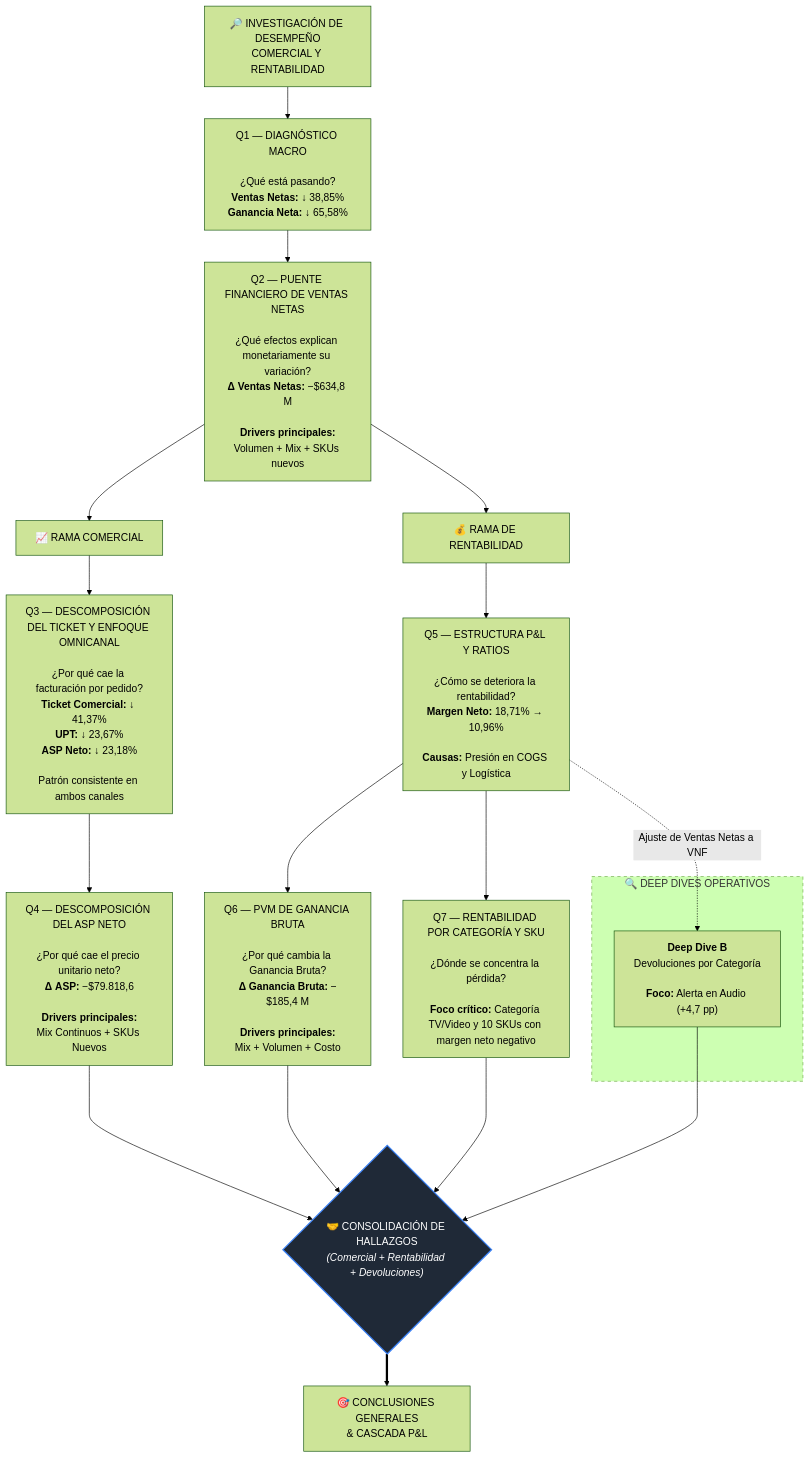
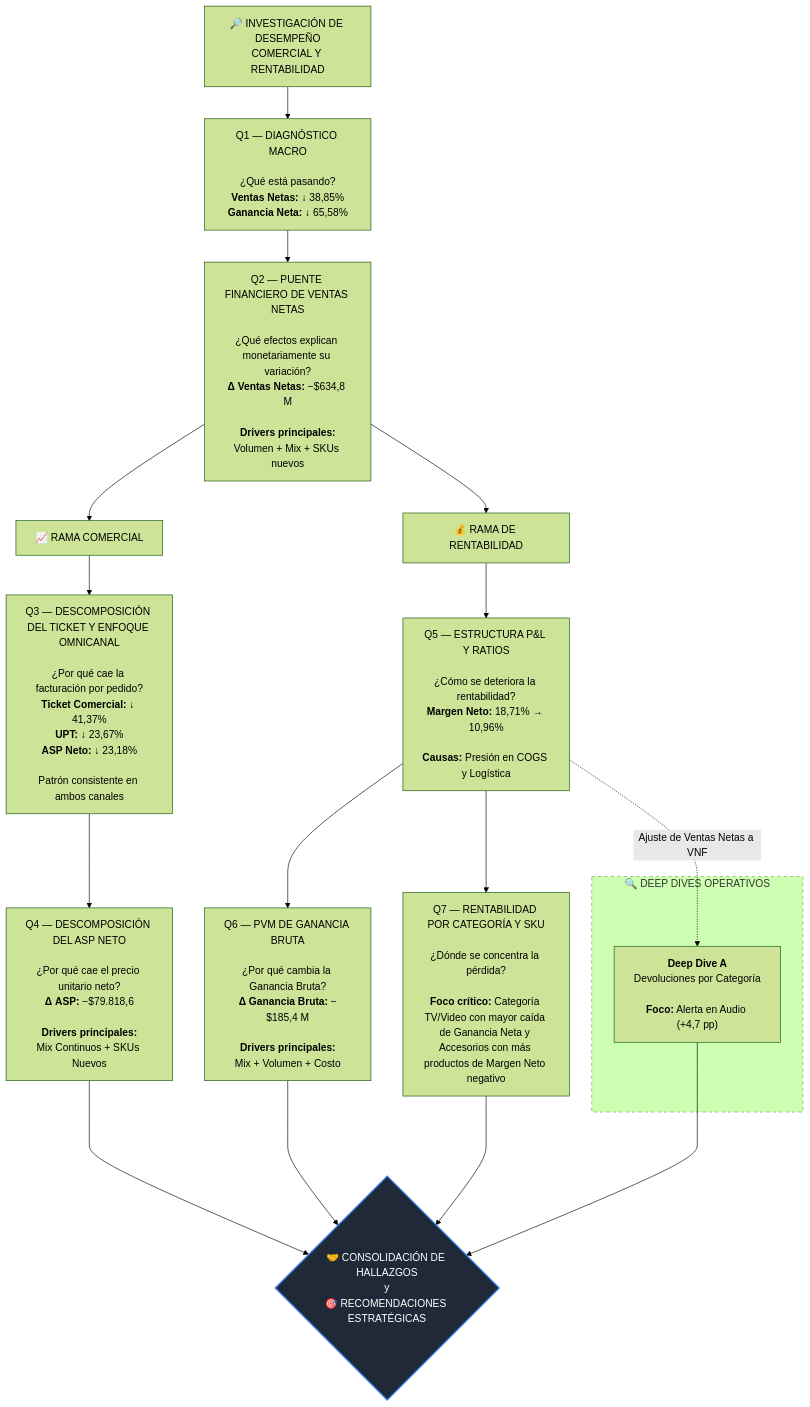
The diagram in sql_business_analysis/README.md (manticafacundoelian/dbt_elt_analytics), drawn with Mermaid (forest theme) before and after one commit. The commit also changed other lines of this file, not shown here.

````diff
--- a/sql_business_analysis/README.md
+++ b/sql_business_analysis/README.md
@@ -25,46 +25,43 @@
 ```mermaid
 flowchart TD
 
     A["🔎 INVESTIGACIÓN DE DESEMPEÑO<br/>COMERCIAL Y RENTABILIDAD"]
 
     A --> B["Q1 — DIAGNÓSTICO MACRO<br/><br/>¿Qué está pasando?<br/><b>Ventas Netas:</b> ↓ 38,85%<br/><b>Ganancia Neta:</b> ↓ 65,58%"]
 
     B --> C["Q2 — PUENTE FINANCIERO DE VENTAS NETAS<br/><br/>¿Qué efectos explican monetariamente su variación?<br/><b>Δ Ventas Netas:</b> −$634,8 M<br/><br/><b>Drivers principales:</b><br/>Volumen + Mix + SKUs nuevos"]
 
     %% Apertura con cuadritos conectores
     C --> D["📈 RAMA COMERCIAL"]
     C --> E["💰 RAMA DE RENTABILIDAD"]
 
     %% Desarrollo de la Rama Comercial Unificada
     D --> D1["Q3 — DESCOMPOSICIÓN DEL TICKET Y ENFOQUE OMNICANAL<br/><br/>¿Por qué cae la facturación por pedido?<br/><b>Ticket Comercial:</b> ↓ 41,37%<br/><b>UPT:</b> ↓ 23,67%<br/><b>ASP Neto:</b> ↓ 23,18%<br/><br/>Patrón consistente en ambos canales"]
 
     D1 --> D2["Q4 — DESCOMPOSICIÓN DEL ASP NETO<br/><br/>¿Por qué cae el precio unitario neto?<br/><b>Δ ASP:</b> −$79.818,6<br/><br/><b>Drivers principales:</b><br/>Mix Continuos + SKUs Nuevos"]
 
     %% Desarrollo de la Rama de Rentabilidad
     E --> E1["Q5 — ESTRUCTURA P&L Y RATIOS<br/><br/>¿Cómo se deteriora la rentabilidad?<br/><b>Margen Neto:</b> 18,71% → 10,96%<br/><br/><b>Causas:</b> Presión en COGS y Logística"]
     
     E1 --> E2["Q6 — PVM DE GANANCIA BRUTA<br/><br/>¿Por qué cambia la Ganancia Bruta?<br/><b>Δ Ganancia Bruta:</b> −$185,4 M<br/><br/><b>Drivers principales:</b><br/>Mix + Volumen + Costo"]
     
-    E1 --> E3["Q7 — RENTABILIDAD POR CATEGORÍA Y SKU<br/><br/>¿Dónde se concentra la pérdida?<br/><br/><b>Foco crítico:</b> Categoría TV/Video y 10 SKUs con margen neto negativo"]
+    E1 --> E3["Q7 — RENTABILIDAD POR CATEGORÍA Y SKU<br/><br/>¿Dónde se concentra la pérdida?<br/><br/><b>Foco crítico:</b> Categoría TV/Video con mayor caída de Ganancia Neta y Accesorios con más productos de Margen Neto negativo"]
 
     %% El puente analítico de Devoluciones hacia Q5 (Único Deep Dive flotante)
     E1 -.->|Ajuste de Ventas Netas a VNF| H
 
     subgraph DEEP_DIVES ["🔍 DEEP DIVES OPERATIVOS"]
-        H["<b>Deep Dive B</b><br/>Devoluciones por Categoría<br/><br/><b>Foco:</b> Alerta en Audio (+4,7 pp)"]
+        H["<b>Deep Dive A</b><br/>Devoluciones por Categoría<br/><br/><b>Foco:</b> Alerta en Audio (+4,7 pp)"]
     end
 
     %% ==========================================
     %% EFECTO LLAVE ACOSTADA UNIFICADORA
     %% ==========================================
-    D2 ---> LLAVE{" 🤝 CONSOLIDACIÓN DE HALLAZGOS<br/><i>(Comercial + Rentabilidad + Devoluciones)</i> "}
+    D2 ---> LLAVE{" 🤝 CONSOLIDACIÓN DE HALLAZGOS<br/>y<br/>🎯 RECOMENDACIONES ESTRATÉGICAS"}
     E2 ---> LLAVE
     E3 ---> LLAVE
     H  ---> LLAVE
 
-    %% Destino final
-    LLAVE ==> F["🎯 CONCLUSIONES GENERALES<br/>& CASCADA P&L"]
-
     style LLAVE fill:#1f2937,stroke:#3b82f6,stroke-width:2px,color:#fff
     style DEEP_DIVES stroke-dasharray: 5 5
 ```
````
